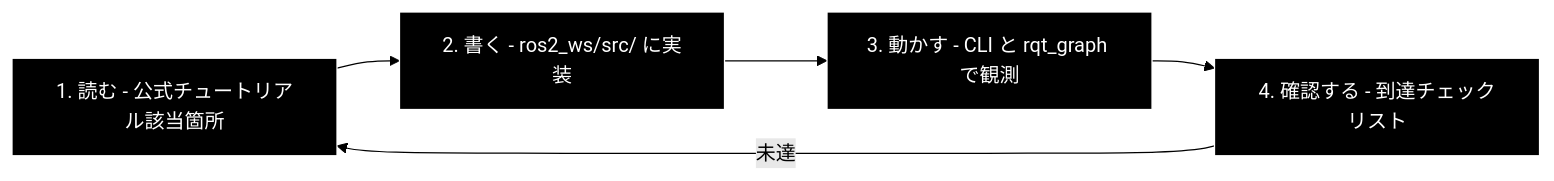
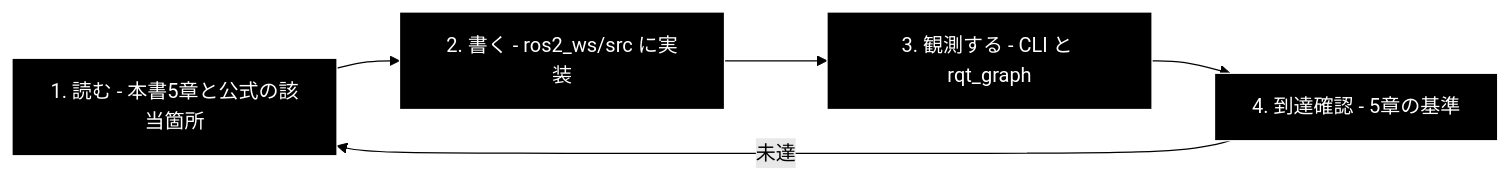
Before and after one commit to nakashima2toshio/sim_ros2_v1: the third of 3 diagrams in docs/learning_plan.md, drawn with Mermaid (forest theme). The commit also changed other lines of this file and 2 other files, not shown here.

````diff
--- a/docs/learning_plan.md
+++ b/docs/learning_plan.md
@@ -243,9 +818,9 @@
 ```mermaid
 flowchart LR
-    A["1. 読む - 公式チュートリアル該当箇所"] --> B["2. 書く - ros2_ws/src/ に実装"]
-    B --> C["3. 動かす - CLI と rqt_graph で観測"]
-    C --> D["4. 確認する - 到達チェックリスト"]
-    D -->|未達| A
+    A["1. 読む - 本書5章と公式の該当箇所"] --> B["2. 書く - ros2_ws/src に実装"]
+    B --> C["3. 観測する - CLI と rqt_graph"]
+    C --> D["4. 到達確認 - 5章の基準"]
+    D -->|"未達"| A
 classDef default fill:#000,stroke:#fff,color:#fff
 class A,B,C,D default
 ```
````
